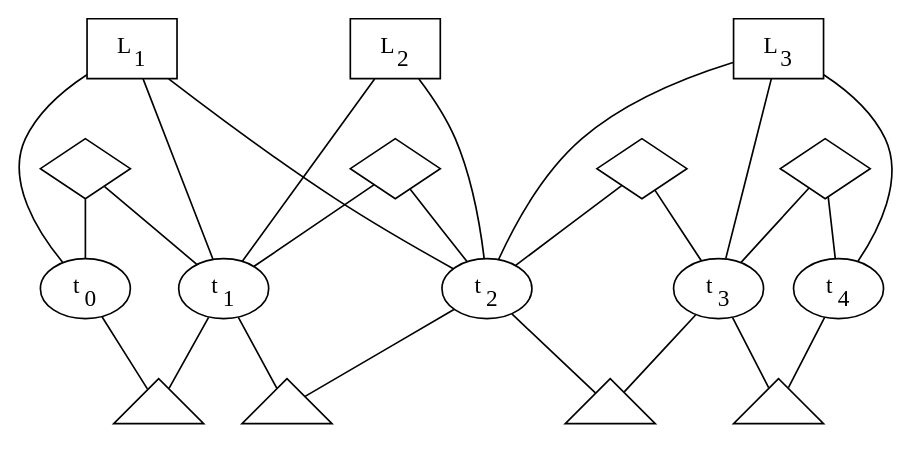
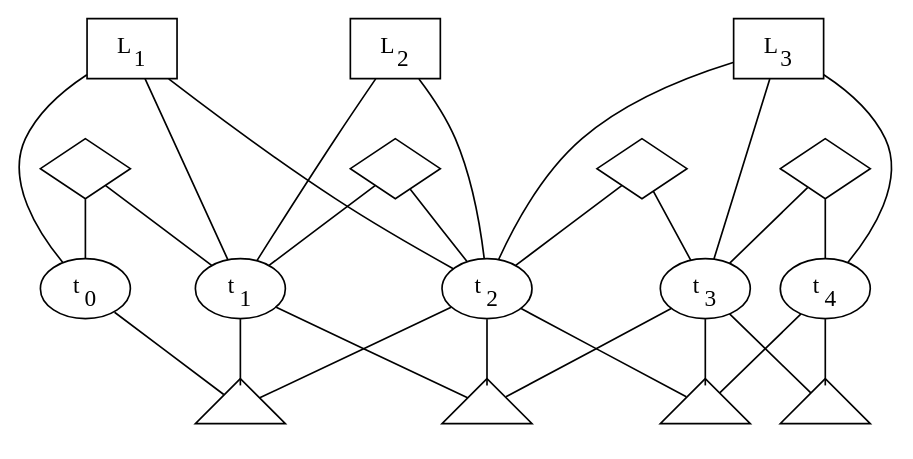
Before and after one commit to boris-il-forte/Tesi: the diagram in diagrammi/FactorGraph.dot, drawn with Graphviz. The commit also changed 4 other files, not shown here.

```diff
--- a/diagrammi/FactorGraph.dot
+++ b/diagrammi/FactorGraph.dot
@@ -1,46 +1,49 @@
 graph G {
 0[fixedsize=shape, label=<t<SUB>0</SUB>>];
 1[fixedsize=shape, label=<t<SUB>1</SUB>>];
 2[fixedsize=shape, label=<t<SUB>2</SUB>>];
 3[fixedsize=shape, label=<t<SUB>3</SUB>>];
 4[fixedsize=shape, label=<t<SUB>4</SUB>>];
 5[fixedsize=shape, shape=diamond, label=""];
 6[fixedsize=shape, shape=diamond, label=""];
 7[fixedsize=shape, shape=diamond, label=""];
 8[fixedsize=shape, shape=diamond, label=""];
 9[fixedsize=shape, shape=triangle, label=""];
 10[fixedsize=shape, shape=triangle, label=""];
 11[fixedsize=shape, shape=triangle, label=""];
 12[fixedsize=shape, shape=triangle, label=""];
 13[fixedsize=shape, shape=box, label=<L<SUB>1</SUB>>];
 14[fixedsize=shape, shape=box, label=<L<SUB>2</SUB>>];
 15[fixedsize=shape, shape=box, label=<L<SUB>3</SUB>>];
 5--0;
 5--1
 6--1;
 6--2;
 7--2;
 7--3;
 8--3;
-8--4
+8--4;
 0--9;
 1--9;
+2--9;
 1--10;
 2--10;
+3--10;
 2--11;
 3--11;
+4--11;
 3--12;
 4--12;
 13--0;
 13--1;
 13--2;
 14--1;
 14--2;
 15--2;
 15--3;
 15--4;
 
 13--5[style=invis];
 14--6[style=invis];
 15--8[style=invis];
 }
```
